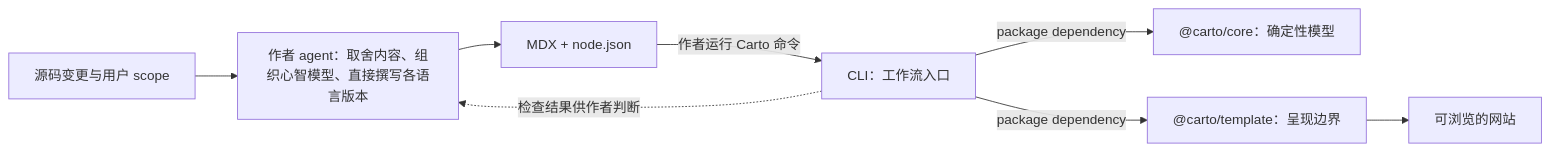
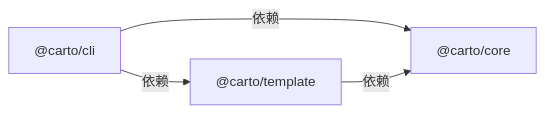
Before and after one commit to 5u4/carto: the diagram in .carto/docs/overview/zh.mdx, drawn with Mermaid. The commit also changed other lines of this file and 32 other files, not shown here.

Commit message:
docs: document carto repository architecture

````diff
--- a/.carto/docs/overview/zh.mdx
+++ b/.carto/docs/overview/zh.mdx
@@ -20,10 +20,6 @@
 ```mermaid
 flowchart LR
-    S["源码变更与用户 scope"] --> A["作者 agent：取舍内容、组织心智模型、直接撰写各语言版本"]
-    A --> D["MDX + node.json"]
-    D -->|"作者运行 Carto 命令"| C["CLI：工作流入口"]
-    C -->|"package dependency"| K["@carto/core：确定性模型"]
-    C -->|"package dependency"| T["@carto/template：呈现边界"]
-    C -. "检查结果供作者判断" .-> A
-    T --> W["可浏览的网站"]
+    C["@carto/cli"] -->|依赖| K["@carto/core"]
+    C -->|依赖| T["@carto/template"]
+    T -->|依赖| K
 ```
````
